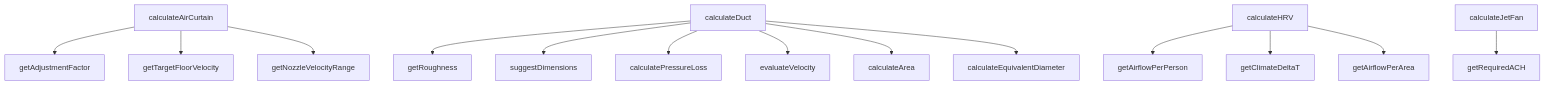
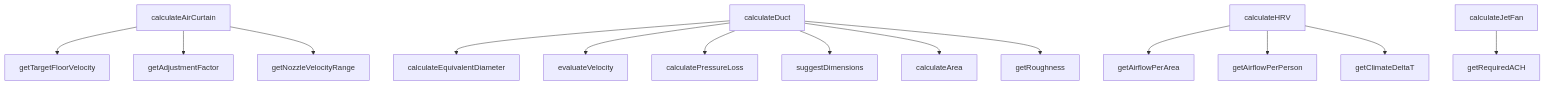
One commit to peckop/venthub-hvac-esite changed the diagram in src/lib/hvacCalculations.md. Above: the diagram before and after it, drawn with Mermaid. The commit also changed other lines of this file and 94 other files, not shown here.

````diff
--- a/src/lib/hvacCalculations.md
+++ b/src/lib/hvacCalculations.md
@@ -375,33 +580,33 @@
 ```mermaid
 graph TD
     hvacCalculations_ts__calculateAirCurtain["calculateAirCurtain"]
     hvacCalculations_ts__calculateArea["calculateArea"]
     hvacCalculations_ts__calculateDuct["calculateDuct"]
     hvacCalculations_ts__calculateEquivalentDiameter["calculateEquivalentDiameter"]
     hvacCalculations_ts__calculateHRV["calculateHRV"]
     hvacCalculations_ts__calculateJetFan["calculateJetFan"]
     hvacCalculations_ts__calculatePressureLoss["calculatePressureLoss"]
     hvacCalculations_ts__evaluateVelocity["evaluateVelocity"]
     hvacCalculations_ts__getAdjustmentFactor["getAdjustmentFactor"]
     hvacCalculations_ts__getAirflowPerArea["getAirflowPerArea"]
     hvacCalculations_ts__getAirflowPerPerson["getAirflowPerPerson"]
     hvacCalculations_ts__getClimateDeltaT["getClimateDeltaT"]
     hvacCalculations_ts__getNozzleVelocityRange["getNozzleVelocityRange"]
     hvacCalculations_ts__getRequiredACH["getRequiredACH"]
     hvacCalculations_ts__getRoughness["getRoughness"]
     hvacCalculations_ts__getTargetFloorVelocity["getTargetFloorVelocity"]
     hvacCalculations_ts__suggestDimensions["suggestDimensions"]
+    hvacCalculations_ts__calculateAirCurtain --> hvacCalculations_ts__getTargetFloorVelocity
+    hvacCalculations_ts__calculateDuct --> hvacCalculations_ts__calculateEquivalentDiameter
+    hvacCalculations_ts__calculateHRV --> hvacCalculations_ts__getAirflowPerArea
+    hvacCalculations_ts__calculateAirCurtain --> hvacCalculations_ts__getAdjustmentFactor
     hvacCalculations_ts__calculateHRV --> hvacCalculations_ts__getAirflowPerPerson
     hvacCalculations_ts__calculateJetFan --> hvacCalculations_ts__getRequiredACH
+    hvacCalculations_ts__calculateDuct --> hvacCalculations_ts__evaluateVelocity
+    hvacCalculations_ts__calculateHRV --> hvacCalculations_ts__getClimateDeltaT
+    hvacCalculations_ts__calculateDuct --> hvacCalculations_ts__calculatePressureLoss
+    hvacCalculations_ts__calculateDuct --> hvacCalculations_ts__suggestDimensions
+    hvacCalculations_ts__calculateDuct --> hvacCalculations_ts__calculateArea
+    hvacCalculations_ts__calculateAirCurtain --> hvacCalculations_ts__getNozzleVelocityRange
     hvacCalculations_ts__calculateDuct --> hvacCalculations_ts__getRoughness
-    hvacCalculations_ts__calculateDuct --> hvacCalculations_ts__suggestDimensions
-    hvacCalculations_ts__calculateDuct --> hvacCalculations_ts__calculatePressureLoss
-    hvacCalculations_ts__calculateDuct --> hvacCalculations_ts__evaluateVelocity
-    hvacCalculations_ts__calculateAirCurtain --> hvacCalculations_ts__getAdjustmentFactor
-    hvacCalculations_ts__calculateHRV --> hvacCalculations_ts__getClimateDeltaT
-    hvacCalculations_ts__calculateDuct --> hvacCalculations_ts__calculateArea
-    hvacCalculations_ts__calculateAirCurtain --> hvacCalculations_ts__getTargetFloorVelocity
-    hvacCalculations_ts__calculateAirCurtain --> hvacCalculations_ts__getNozzleVelocityRange
-    hvacCalculations_ts__calculateHRV --> hvacCalculations_ts__getAirflowPerArea
-    hvacCalculations_ts__calculateDuct --> hvacCalculations_ts__calculateEquivalentDiameter
 ```
````
